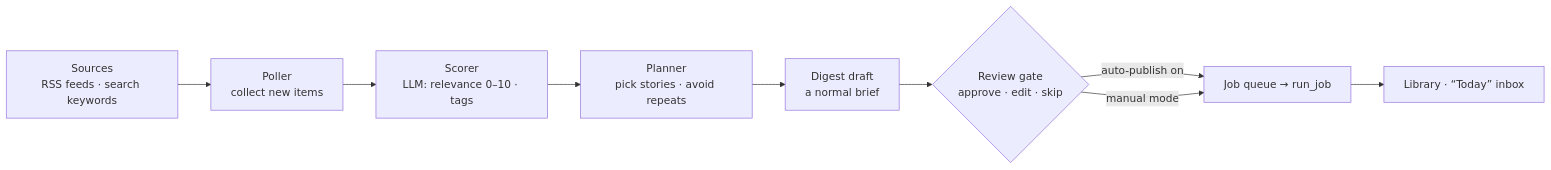
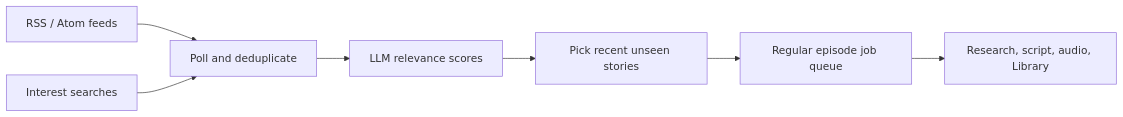
Before and after one commit to madslundt/PodWave: the diagram in docs/AUTOGENERATION.md, drawn with Mermaid. The commit also changed other lines of this file and 4 other files, not shown here.

````diff
--- a/docs/AUTOGENERATION.md
+++ b/docs/AUTOGENERATION.md
@@ -18,11 +9,9 @@
 ```mermaid
 flowchart LR
-  A[Sources<br/>RSS feeds · search keywords] --> B[Poller<br/>collect new items]
-  B --> C[Scorer<br/>LLM: relevance 0–10 · tags]
-  C --> D[Planner<br/>pick stories · avoid repeats]
-  D --> E[Digest draft<br/>a normal brief]
-  E --> F{Review gate<br/>approve · edit · skip}
-  F -->|auto-publish on| G[Job queue → run_job]
-  F -->|manual mode| G
-  G --> H[Library · “Today” inbox]
+  A[RSS / Atom feeds] --> C[Poll and deduplicate]
+  B[Interest searches] --> C
+  C --> D[LLM relevance scores]
+  D --> E[Pick recent unseen stories]
+  E --> F[Regular episode job queue]
+  F --> G[Research, script, audio, Library]
 ```
````
